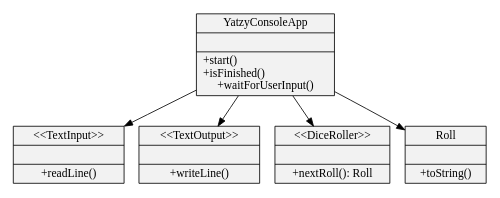
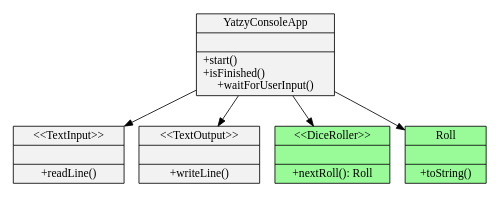
Before and after one commit to uozuAho/yatzyTopDown: the diagram in dev_log/graphviz/dice_green.dot, drawn with Graphviz. The commit also changed 4 other files, not shown here.

```diff
--- a/dev_log/graphviz/dice_green.dot
+++ b/dev_log/graphviz/dice_green.dot
@@ -1,15 +1,15 @@
 digraph dice_green {
 size="5,5"
 node[shape=record,style=filled,fillcolor=gray95]
 
 1[label = "{YatzyConsoleApp||+start()\l+isFinished()\l+waitForUserInput()}"]
 2[label = "{\<\<TextInput\>\>||+readLine()}"]
 3[label = "{\<\<TextOutput\>\>||+writeLine()}"]
-4[label = "{\<\<DiceRoller\>\>||+nextRoll(): Roll}"]
-5[label = "{Roll||+toString()}"]
+4[label = "{\<\<DiceRoller\>\>||+nextRoll(): Roll}", fillcolor=palegreen]
+5[label = "{Roll||+toString()}", fillcolor=palegreen]
 
 1->2
 1->3
 1->4
 1->5
 }
```
